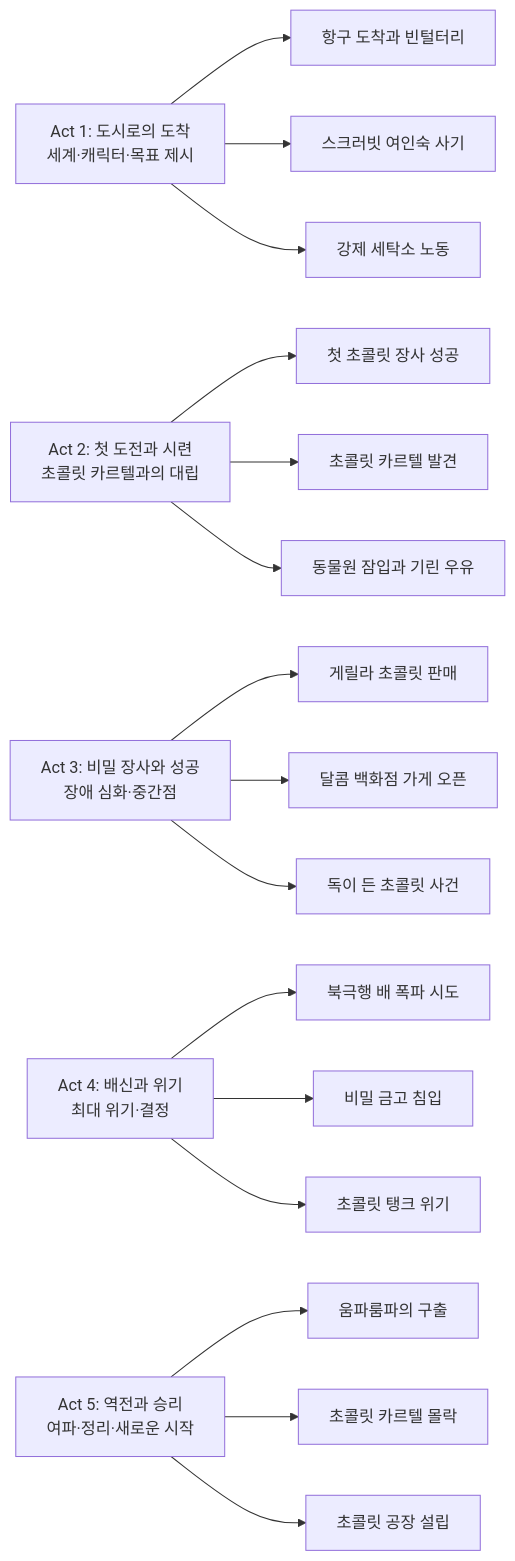
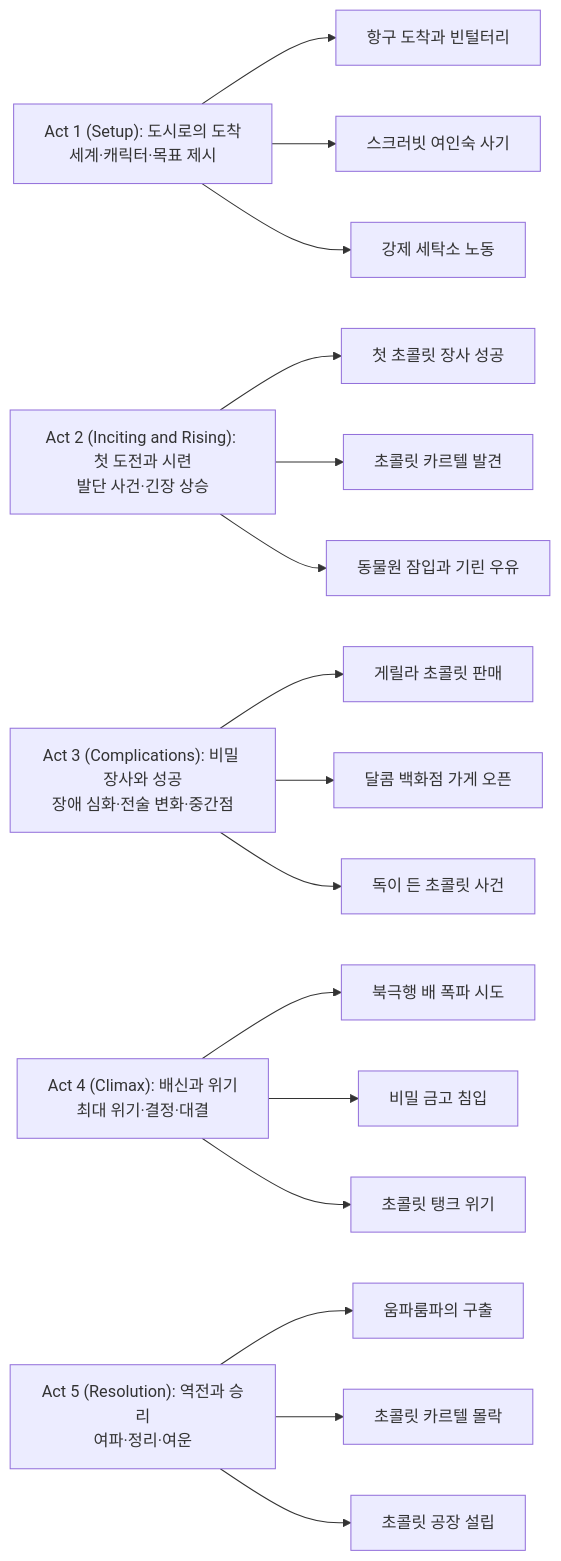
The diagram in content/collection/Movies/2024/2024-01-31-wonka-2023-chocolate-magician-origin/index.md (42jerrykim/42jerrykim.github.io), drawn with Mermaid before and after one commit. The commit also changed other lines of this file and 15 other files, not shown here.

````diff
--- a/content/collection/Movies/2024/2024-01-31-wonka-2023-chocolate-magician-origin/index.md
+++ b/content/collection/Movies/2024/2024-01-31-wonka-2023-chocolate-magician-origin/index.md
@@ -102,28 +110,23 @@
 ```mermaid
 flowchart LR
-    A[Act 1: 도시로의 도착<br/>세계·캐릭터·목표 제시]
-    B[Act 2: 첫 도전과 시련<br/>초콜릿 카르텔과의 대립]
-    C[Act 3: 비밀 장사와 성공<br/>장애 심화·중간점]
-    D[Act 4: 배신과 위기<br/>최대 위기·결정]
-    E[Act 5: 역전과 승리<br/>여파·정리·새로운 시작]
-    
-    A --> A1[항구 도착과 빈털터리]
-    A --> A2[스크러빗 여인숙 사기]
-    A --> A3[강제 세탁소 노동]
-    
-    B --> B1[첫 초콜릿 장사 성공]
-    B --> B2[초콜릿 카르텔 발견]
-    B --> B3[동물원 잠입과 기린 우유]
-    
-    C --> C1[게릴라 초콜릿 판매]
-    C --> C2[달콤 백화점 가게 오픈]
-    C --> C3[독이 든 초콜릿 사건]
-    
-    D --> D1[북극행 배 폭파 시도]
-    D --> D2[비밀 금고 침입]
-    D --> D3[초콜릿 탱크 위기]
-    
-    E --> E1[움파룸파의 구출]
-    E --> E2[초콜릿 카르텔 몰락]
-    E --> E3[초콜릿 공장 설립]
+    Act1["Act 1 (Setup): 도시로의 도착</br>세계·캐릭터·목표 제시"]
+    Act2["Act 2 (Inciting and Rising): 첫 도전과 시련</br>발단 사건·긴장 상승"]
+    Act3["Act 3 (Complications): 비밀 장사와 성공</br>장애 심화·전술 변화·중간점"]
+    Act4["Act 4 (Climax): 배신과 위기</br>최대 위기·결정·대결"]
+    Act5["Act 5 (Resolution): 역전과 승리</br>여파·정리·여운"]
+    Act1 --> A1["항구 도착과 빈털터리"]
+    Act1 --> A2["스크러빗 여인숙 사기"]
+    Act1 --> A3["강제 세탁소 노동"]
+    Act2 --> B1["첫 초콜릿 장사 성공"]
+    Act2 --> B2["초콜릿 카르텔 발견"]
+    Act2 --> B3["동물원 잠입과 기린 우유"]
+    Act3 --> C1["게릴라 초콜릿 판매"]
+    Act3 --> C2["달콤 백화점 가게 오픈"]
+    Act3 --> C3["독이 든 초콜릿 사건"]
+    Act4 --> D1["북극행 배 폭파 시도"]
+    Act4 --> D2["비밀 금고 침입"]
+    Act4 --> D3["초콜릿 탱크 위기"]
+    Act5 --> E1["움파룸파의 구출"]
+    Act5 --> E2["초콜릿 카르텔 몰락"]
+    Act5 --> E3["초콜릿 공장 설립"]
 ```
````
